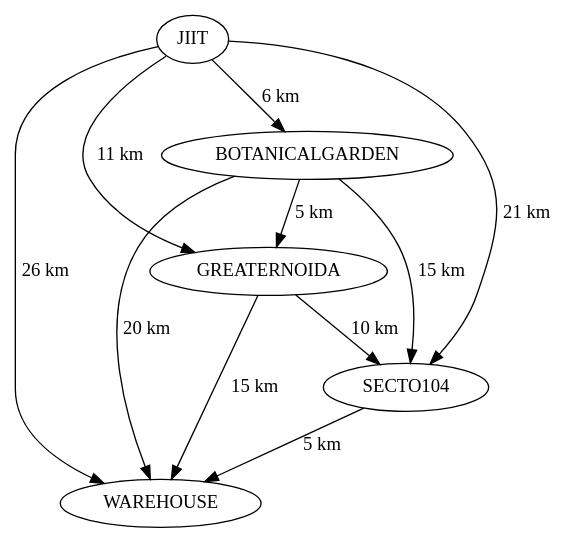
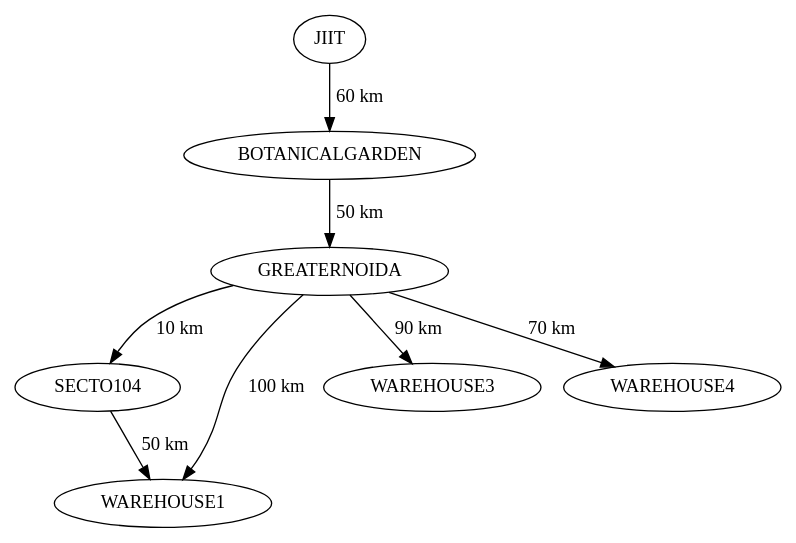
The diagram in graph.dot (bhavishy09/deliver-ease), drawn with Graphviz before and after one commit. The commit also changed 7 other files, not shown here.

```diff
--- a/graph.dot
+++ b/graph.dot
@@ -1,12 +1,9 @@
 digraph G {
-  JIIT -> BOTANICALGARDEN [label="6 km"];
-  JIIT -> GREATERNOIDA [label="11 km"];
-  JIIT -> SECTO104 [label="21 km"];
-  JIIT -> WAREHOUSE [label="26 km"];
-  BOTANICALGARDEN -> GREATERNOIDA [label="5 km"];
-  BOTANICALGARDEN -> SECTO104 [label="15 km"];
-  BOTANICALGARDEN -> WAREHOUSE [label="20 km"];
+  JIIT -> BOTANICALGARDEN [label="60 km"];
+  BOTANICALGARDEN -> GREATERNOIDA [label="50 km"];
   GREATERNOIDA -> SECTO104 [label="10 km"];
-  GREATERNOIDA -> WAREHOUSE [label="15 km"];
-  SECTO104 -> WAREHOUSE [label="5 km"];
+  GREATERNOIDA -> WAREHOUSE1 [label="100 km"];
+  GREATERNOIDA -> WAREHOUSE3 [label="90 km"];
+  GREATERNOIDA -> WAREHOUSE4 [label="70 km"];
+  SECTO104 -> WAREHOUSE1 [label="50 km"];
 }
```
